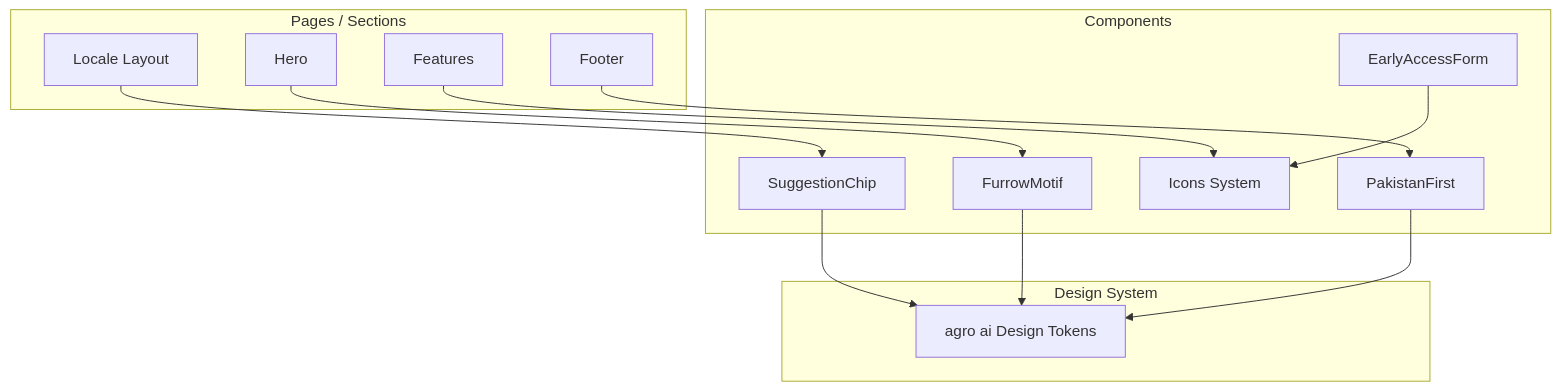
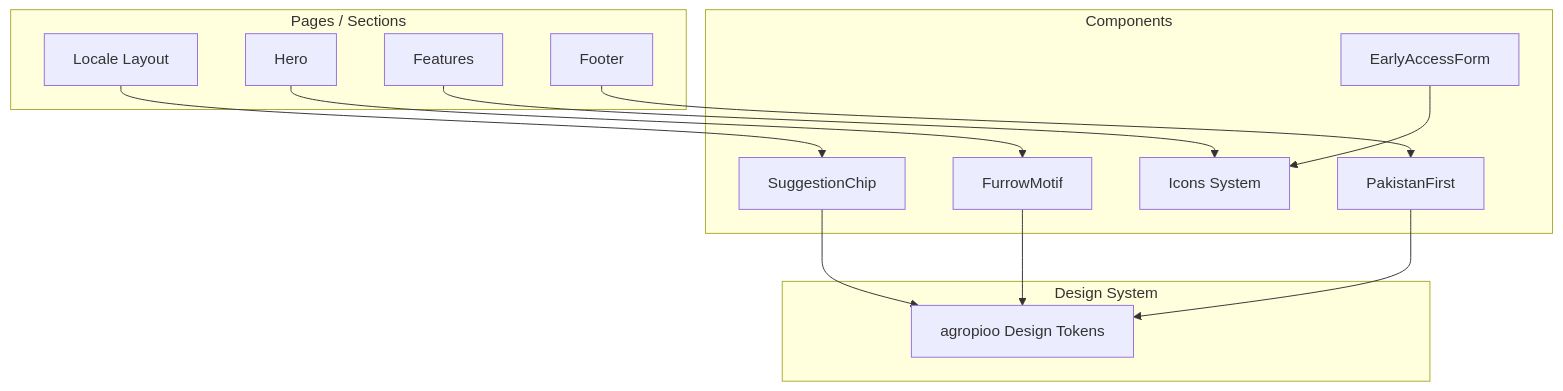
Before and after one commit to aplinode-gh/nasa-hackathon: the first of 7 diagrams in .qoder/repowiki/en/content/Component Library/Shared UI Components.md, drawn with Mermaid. The commit also changed other lines of this file and 201 other files, not shown here.

````diff
--- a/.qoder/repowiki/en/content/Component Library/Shared UI Components.md
+++ b/.qoder/repowiki/en/content/Component Library/Shared UI Components.md
@@ -42,27 +42,27 @@
 ```mermaid
 graph TB
 subgraph "Components"
 SC["SuggestionChip"]
 IC["Icons System"]
 PF["PakistanFirst"]
 FM["FurrowMotif"]
 EAF["EarlyAccessForm"]
 end
 subgraph "Pages / Sections"
 LYT["Locale Layout"]
 HERO["Hero"]
 FEAT["Features"]
 FTR["Footer"]
 end
 subgraph "Design System"
-DS["agro ai Design Tokens"]
+DS["agropioo Design Tokens"]
 end
 LYT --> SC
 HERO --> FM
 FEAT --> IC
 FTR --> PF
 SC --> DS
 EAF --> IC
 PF --> DS
 FM --> DS
 ```
````
